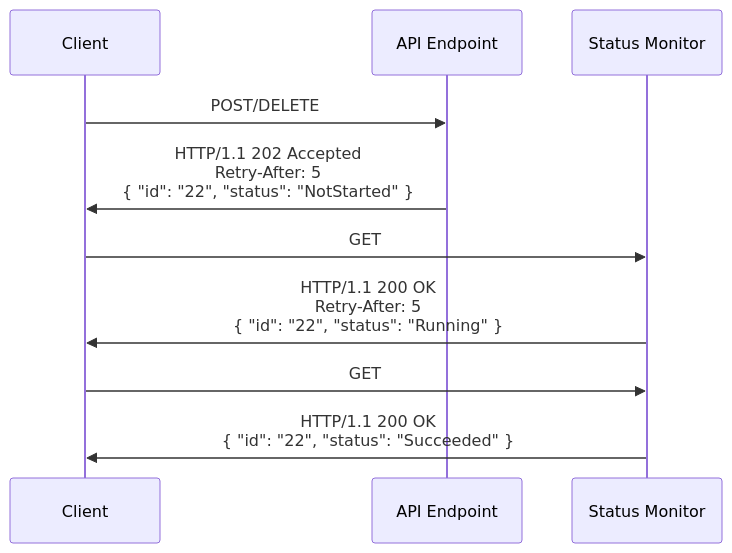
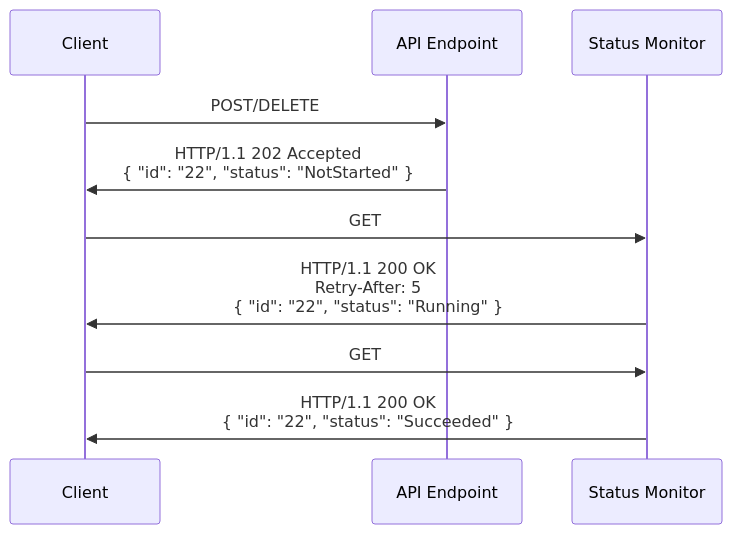
One commit to microsoft/api-guidelines changed the diagram in azure/ConsiderationsForServiceDesign.md. Above: the diagram before and after it, drawn with Mermaid. The commit also changed other lines of this file and 2 other files, not shown here.

````diff
--- a/azure/ConsiderationsForServiceDesign.md
+++ b/azure/ConsiderationsForServiceDesign.md
@@ -165,12 +165,12 @@
 ```mermaid
 sequenceDiagram
     participant Client
     participant API Endpoint
     participant Status Monitor
     Client->>API Endpoint: POST/DELETE
-    API Endpoint->>Client: HTTP/1.1 202 Accepted<br/>Retry-After: 5<br/>{ "id": "22", "status": "NotStarted" }
+    API Endpoint->>Client: HTTP/1.1 202 Accepted<br/>{ "id": "22", "status": "NotStarted" }
     Client->>Status Monitor: GET
     Status Monitor->>Client: HTTP/1.1 200 OK<br/>Retry-After: 5<br/>{ "id": "22", "status": "Running" }
     Client->>Status Monitor: GET
     Status Monitor->>Client: HTTP/1.1 200 OK<br/>{ "id": "22", "status": "Succeeded" }
 ```
````
